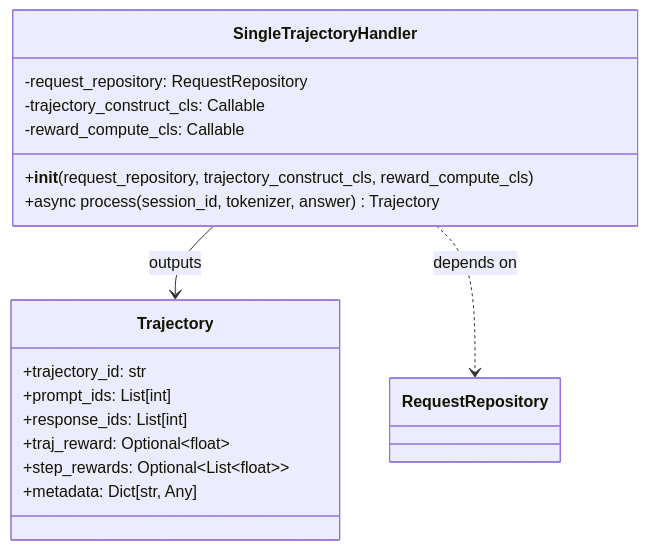
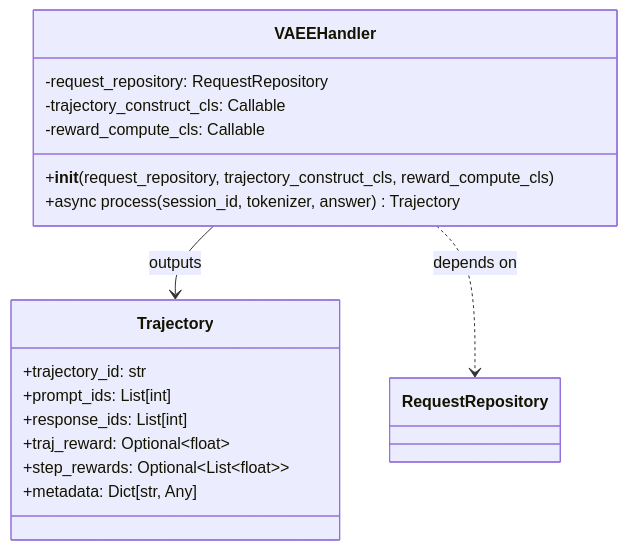
One commit to infzo/TrajForRL changed the third of 6 diagrams in docs/DESIGN.md. Above: the diagram before and after it, drawn with Mermaid. The commit also changed other lines of this file, not shown here.

````diff
--- a/docs/DESIGN.md
+++ b/docs/DESIGN.md
@@ -110,22 +110,22 @@
 ```mermaid
 classDiagram
-    class SingleTrajectoryHandler {
+    class VAEEHandler {
         -request_repository: RequestRepository
         -trajectory_construct_cls: Callable
         -reward_compute_cls: Callable
         +__init__(request_repository, trajectory_construct_cls, reward_compute_cls)
         +async process(session_id, tokenizer, answer) Trajectory
     }
 
     class Trajectory {
         +trajectory_id: str
         +prompt_ids: List[int]
         +response_ids: List[int]
         +traj_reward: Optional~float~
         +step_rewards: Optional~List~float~~
         +metadata: Dict[str, Any]
     }
 
-    SingleTrajectoryHandler --> Trajectory: outputs
-    SingleTrajectoryHandler ..> RequestRepository: depends on
+    VAEEHandler --> Trajectory: outputs
+    VAEEHandler ..> RequestRepository: depends on
 ```
````
